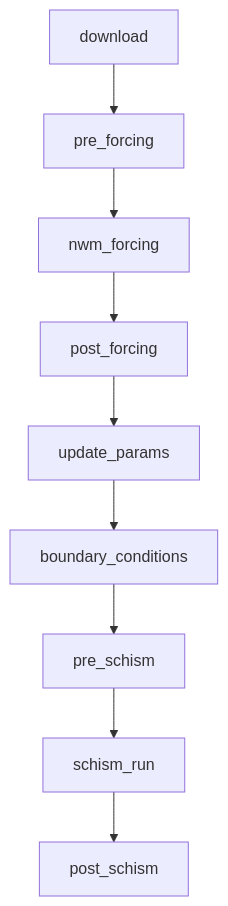
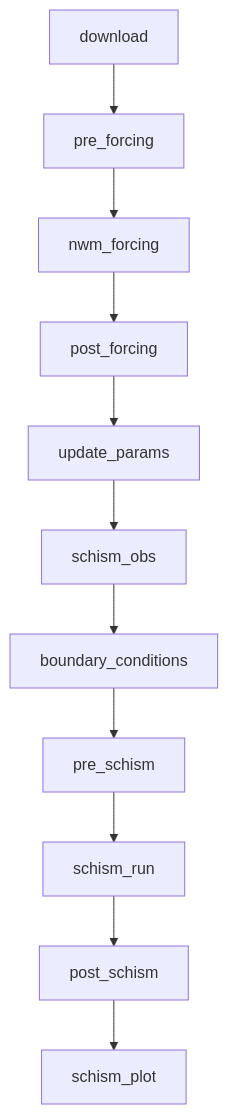
One commit to NGWPC/nwm-coastal changed the second of 5 diagrams in DESIGN.md. Above: the diagram before and after it, drawn with Mermaid. The commit also changed other lines of this file and 4 other files, not shown here.

````diff
--- a/DESIGN.md
+++ b/DESIGN.md
@@ -346,11 +346,13 @@
 ```mermaid
 flowchart TD
     A[download] --> B[pre_forcing]
     B --> C[nwm_forcing]
     C --> D[post_forcing]
     D --> E[update_params]
-    E --> F[boundary_conditions]
-    F --> G[pre_schism]
-    G --> H[schism_run]
-    H --> I[post_schism]
+    E --> F[schism_obs]
+    F --> G[boundary_conditions]
+    G --> H[pre_schism]
+    H --> I[schism_run]
+    I --> J[post_schism]
+    J --> K[schism_plot]
 ```
````
